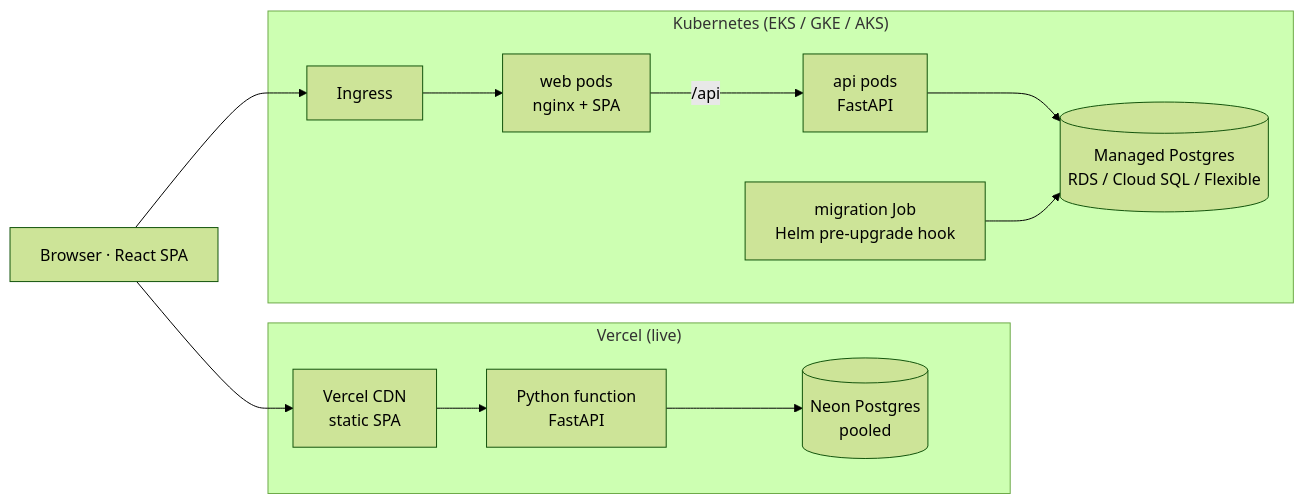
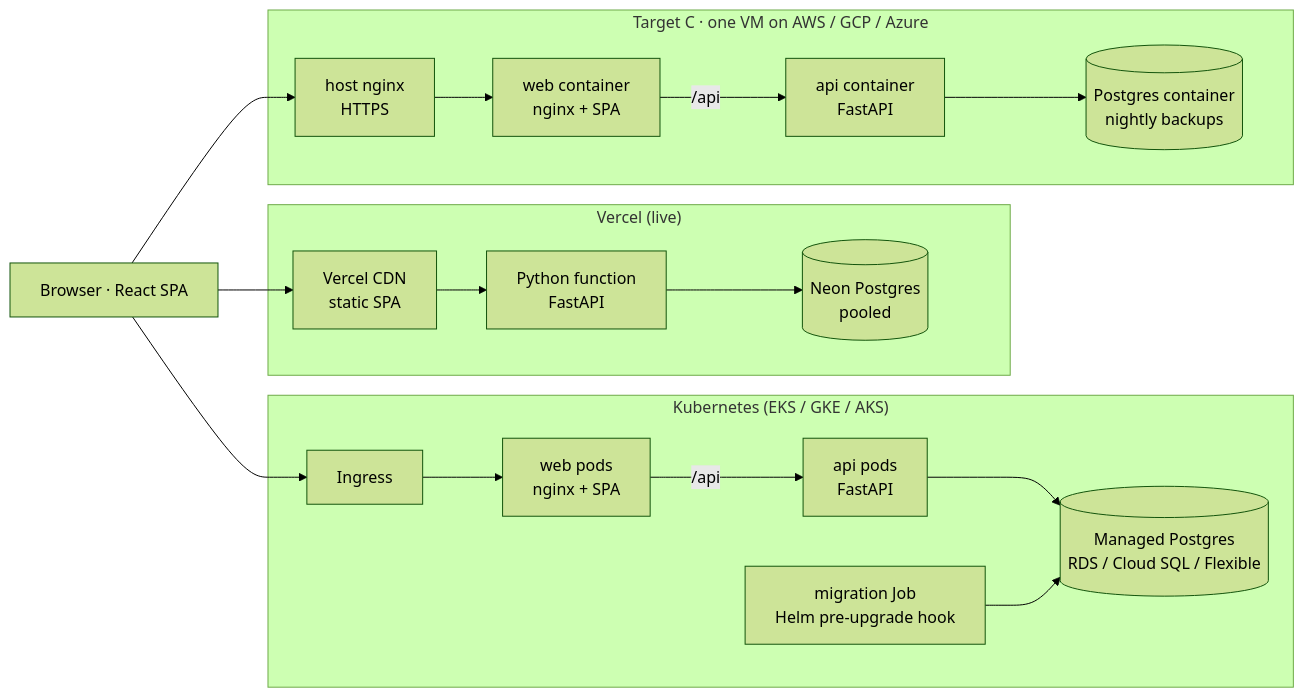
One commit to manojkumargogula/sparkboard changed the first of 5 diagrams in docs/architecture.md. Above: the diagram before and after it, drawn with Mermaid (forest theme). The commit also changed other lines of this file and 45 other files, not shown here.

First line of the commit message:
feat: deploy to AWS, GCP or Azure as a VM (Docker Compose + nginx) or on Kubernetes (Helm)

````diff
--- a/docs/architecture.md
+++ b/docs/architecture.md
@@ -5,19 +5,26 @@
 ```mermaid
 flowchart LR
   B[Browser · React SPA]
 
   subgraph Serverless["Vercel (live)"]
     CDN[Vercel CDN<br/>static SPA] --> FN[Python function<br/>FastAPI]
     FN --> NEON[(Neon Postgres<br/>pooled)]
   end
 
   subgraph K8s["Kubernetes (EKS / GKE / AKS)"]
     ING[Ingress] --> WEB[web pods<br/>nginx + SPA]
     WEB -->|/api| API[api pods<br/>FastAPI]
     API --> PG[(Managed Postgres<br/>RDS / Cloud SQL / Flexible)]
     JOB[migration Job<br/>Helm pre-upgrade hook] --> PG
   end
 
+  subgraph VM["Target C · one VM on AWS / GCP / Azure"]
+    NGX[host nginx<br/>HTTPS] --> CWEB[web container<br/>nginx + SPA]
+    CWEB -->|/api| CAPI[api container<br/>FastAPI]
+    CAPI --> CPG[(Postgres container<br/>nightly backups)]
+  end
+
   B --> CDN
   B --> ING
+  B --> NGX
 ```
````
